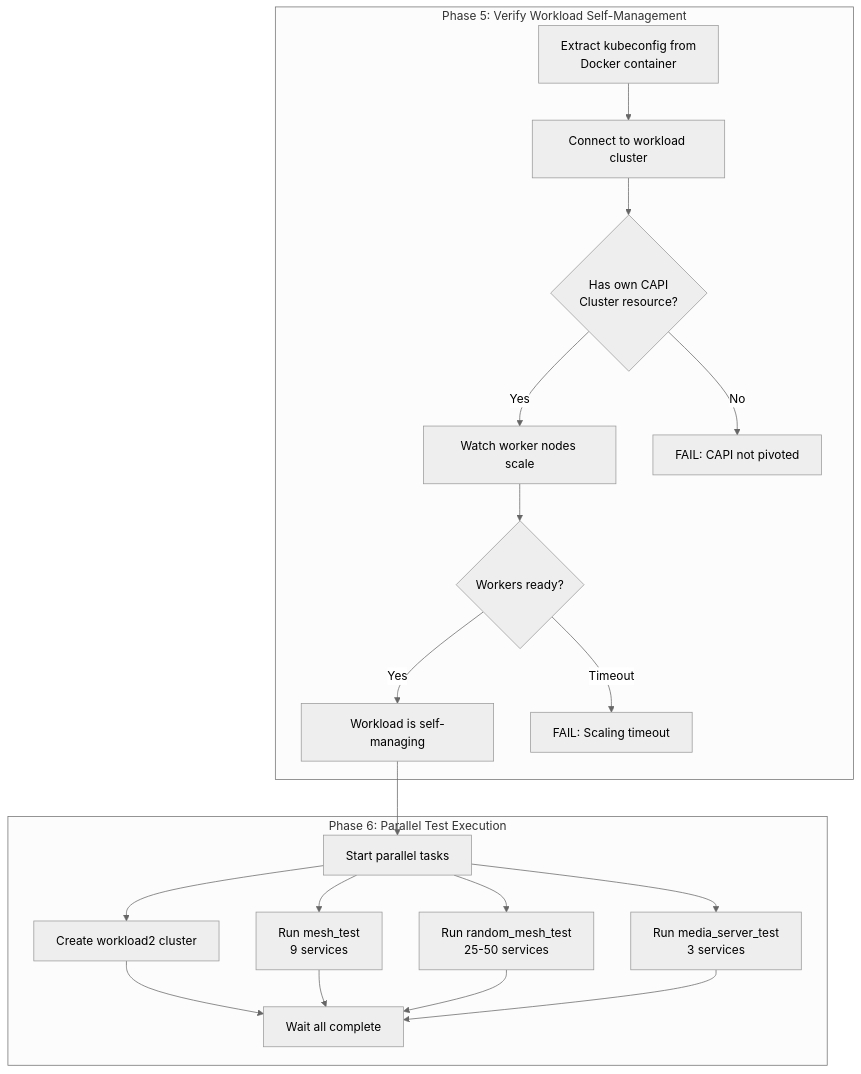
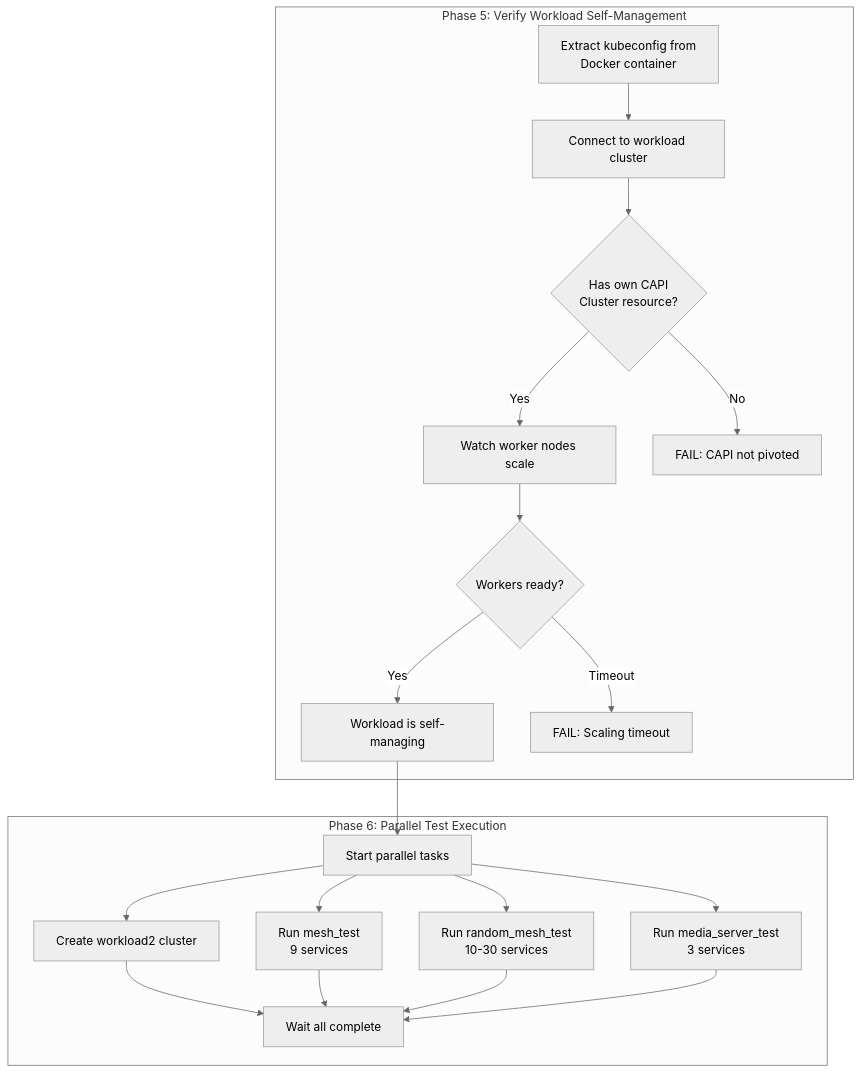
One commit to evan-hines-js/lattice changed the fourth of 19 diagrams in docs/e2e-tests.md. Above: the diagram before and after it, drawn with Mermaid (neutral theme). The commit also changed other lines of this file and 6 other files, not shown here.

Commit message:
Fix Mermaid syntax in e2e-tests.md

````diff
--- a/docs/e2e-tests.md
+++ b/docs/e2e-tests.md
@@ -150,28 +155,28 @@
 ```mermaid
 flowchart TD
     subgraph "Phase 5: Verify Workload Self-Management"
         P5A[Extract kubeconfig from<br/>Docker container] --> P5B[Connect to workload cluster]
         P5B --> P5C{Has own CAPI<br/>Cluster resource?}
         P5C -->|Yes| P5D[Watch worker nodes scale]
         P5C -->|No| P5E[FAIL: CAPI not pivoted]
         P5D --> P5F{Workers ready?}
         P5F -->|Yes| P5G[Workload is self-managing]
         P5F -->|Timeout| P5H[FAIL: Scaling timeout]
     end
 
     subgraph "Phase 6: Parallel Test Execution"
         P6A[Start parallel tasks]
 
         P6A --> P6B[Create workload2 cluster]
         P6A --> P6C[Run mesh_test<br/>9 services]
-        P6A --> P6D[Run random_mesh_test<br/>25-50 services]
+        P6A --> P6D[Run random_mesh_test<br/>10-30 services]
         P6A --> P6E[Run media_server_test<br/>3 services]
 
         P6B --> P6F[Wait all complete]
         P6C --> P6F
         P6D --> P6F
         P6E --> P6F
     end
 
     P5G --> P6A
 ```
````
